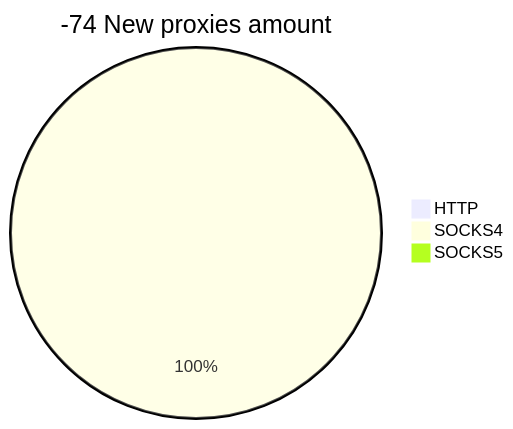
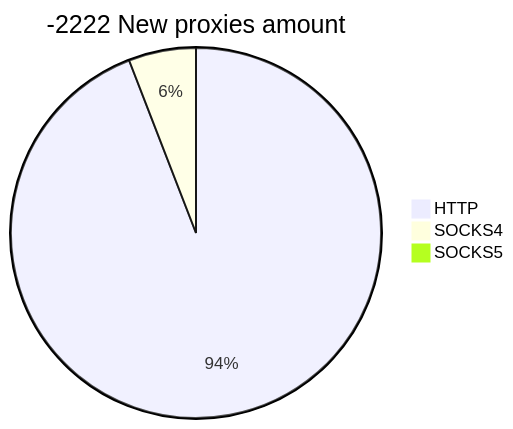
Before and after one commit to cutipu/proxylist: the second of 2 diagrams in README.md, drawn with Mermaid. The commit also changed other lines of this file, not shown here.

````diff
--- a/README.md
+++ b/README.md
@@ -10,6 +10,6 @@
 ```mermaid
-pie title -74 New proxies amount
-    "HTTP" : 0
+pie title -2222 New proxies amount
+    "HTTP" : 16
     "SOCKS4" : 1
     "SOCKS5" : 0
 ```
````
